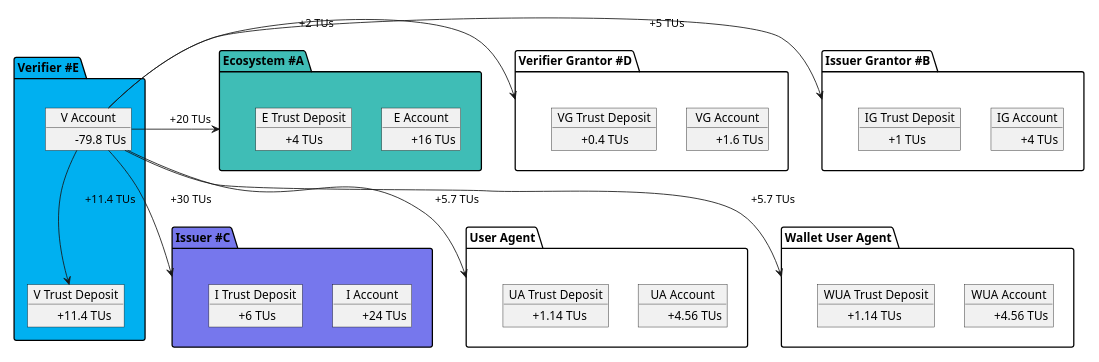
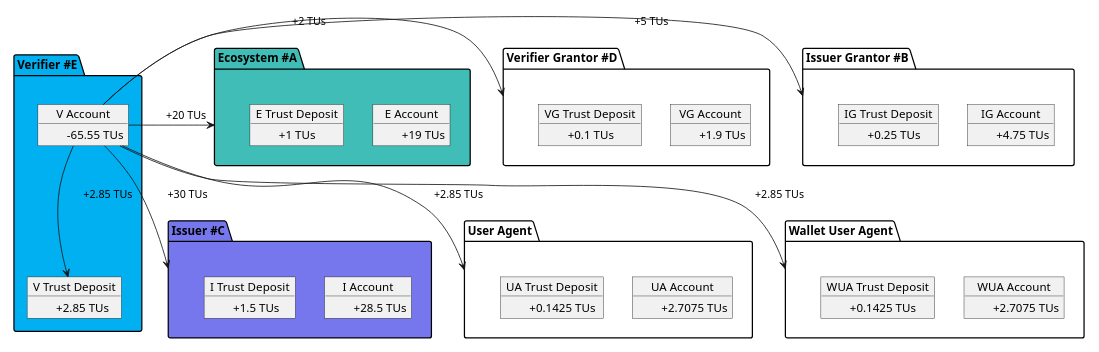
One commit to verana-labs/verifiable-trust-vpr-spec changed diagram 12 of 21 in spec.md. Above: the diagram before and after it, drawn with PlantUML. The commit also changed other lines of this file and 1 other file, not shown here.

```diff
--- a/spec.md
+++ b/spec.md
@@ -941,63 +941,63 @@
 
 package "Ecosystem #A" as tr #3fbdb6 {
     object "E Account" as tra {
-         \t+16 TUs
+         \t+19 TUs
     }
     object "E Trust Deposit" as trtd {
-         \t+4 TUs
+         \t+1 TUs
     }
 }
 
 package "Issuer Grantor #B" as ig {
     object "IG Account" as iga {
-        \t+4 TUs
+        \t+4.75 TUs
     }
     object "IG Trust Deposit" as igtd {
-        \t+1 TUs
+        \t+0.25 TUs
     }
 }
 package "Issuer #C" as issuer #7677ed {
     object "I Account" as issuera {
-         \t+24 TUs
+         \t+28.5 TUs
     }
     object "I Trust Deposit" as issuertd {
-         \t+6 TUs
+         \t+1.5 TUs
     }
 
 }
 package "Verifier Grantor #D" as vg {
     object "VG Account" as vga {
-        \t+1.6 TUs
+        \t+1.9 TUs
     }
     object "VG Trust Deposit" as vgtd {
-        \t+0.4 TUs
+        \t+0.1 TUs
     }
 
 }
 package "Verifier #E" as verifier #00b0f0 {
     object "V Account" as verifiera {
-        \t-79.8 TUs
+        \t-65.55 TUs
     }
     object "V Trust Deposit" as verifiertd {
-        \t+11.4 TUs
+        \t+2.85 TUs
     }
 
 }
 package "User Agent" as ua {
     object "UA Account" as uaa {
-         \t+4.56 TUs
+         \t+2.7075 TUs
     }
     object "UA Trust Deposit" as uatd {
-        \t+1.14 TUs
+        \t+0.1425 TUs
     }
 
 }
 package "Wallet User Agent" as wua {
     object "WUA Account" as wuaa {
-         \t+4.56 TUs
+         \t+2.7075 TUs
     }
     object "WUA Trust Deposit" as wuatd {
-        \t+1.14 TUs
+        \t+0.1425 TUs
     }
 
 }
@@ -1011,11 +1011,11 @@
 
 verifiera -d-> issuer: \t+30 TUs
 
-verifiera -d-> ua: \t+5.7 TUs
+verifiera -d-> ua: \t+2.85 TUs
 
-verifiera -d-> wua: \t+5.7 TUs
+verifiera -d-> wua: \t+2.85 TUs
 
-verifiera --> verifiertd:  \t+11.4 TUs
+verifiera --> verifiertd:  \t+2.85 TUs
 
 @enduml
 
```
